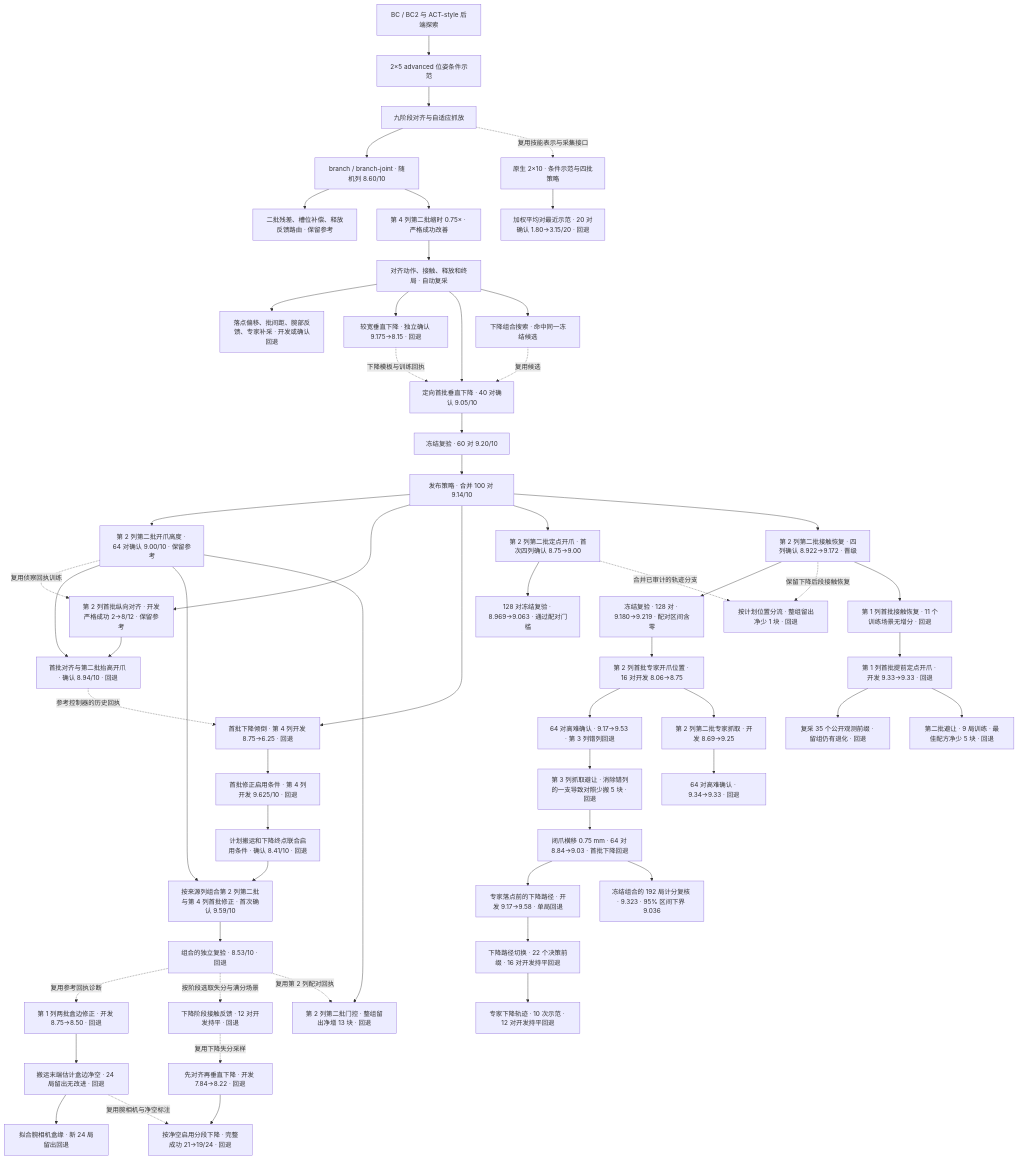
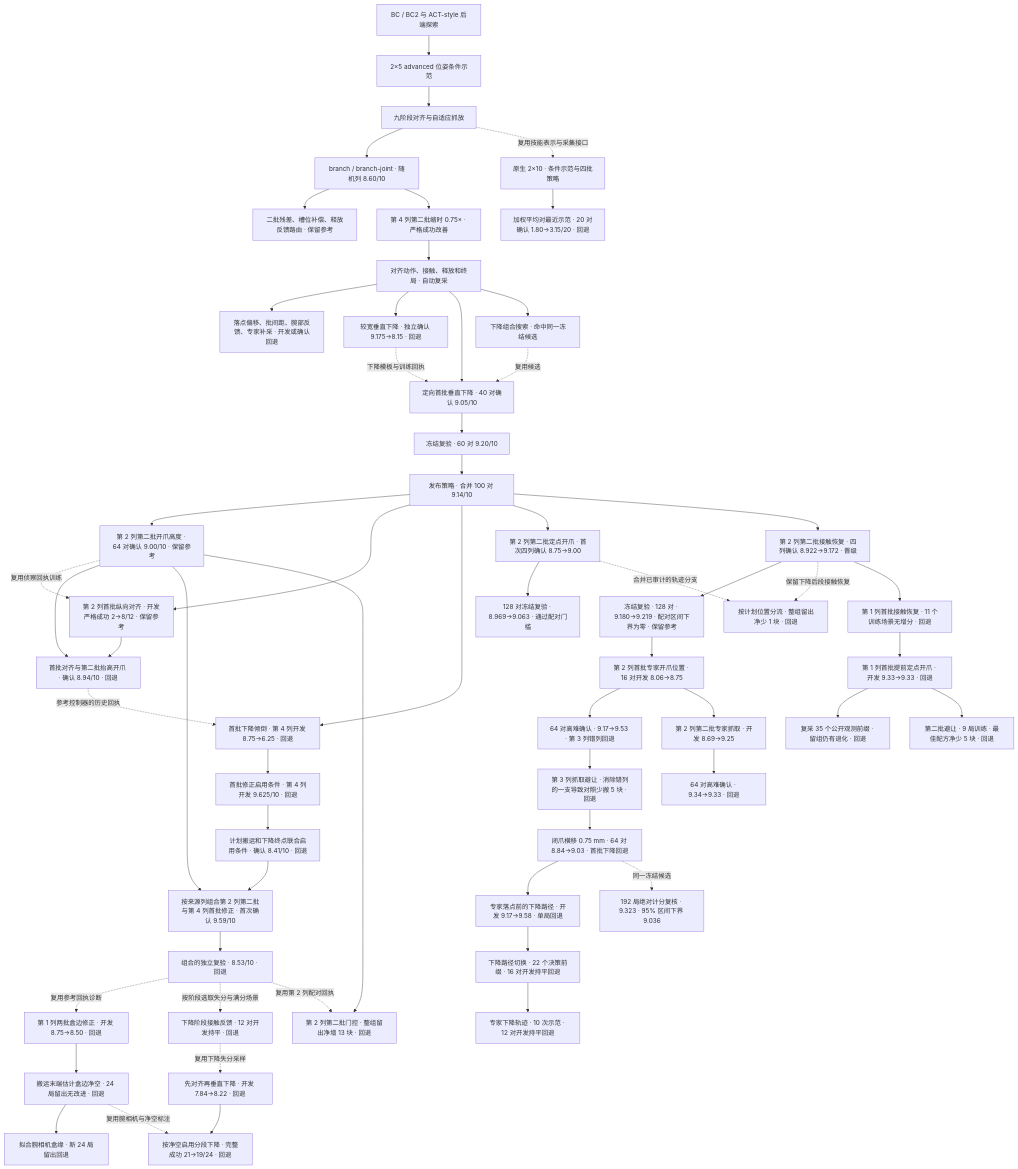
Before and after one commit to haiyouxiaji/a3-agent-optimizer: the third of 3 diagrams in docs/A3_EXPERIMENT_TREE.md, drawn with Mermaid. The commit also changed other lines of this file and 2 other files, not shown here.

````diff
--- a/docs/A3_EXPERIMENT_TREE.md
+++ b/docs/A3_EXPERIMENT_TREE.md
@@ -19,60 +55,60 @@
 ```mermaid
 flowchart TD
     BC["BC / BC2 与 ACT-style 后端探索"] --> ADV["2×5 advanced 位姿条件示范"]
     ADV --> PH["九阶段对齐与自适应抓放"]
     PH --> BJ["branch / branch-joint · 随机列 8.60/10"]
     BJ --> REL["二批残差、槽位补偿、释放反馈路由 · 保留参考"]
     BJ --> TIM["第 4 列第二批缩时 0.75× · 严格成功改善"]
     TIM --> DIAG["对齐动作、接触、释放和终局 · 自动复采"]
     DIAG --> OFF["落点偏移、批间距、腕部反馈、专家补采 · 开发或确认回退"]
     DIAG --> WIDE["较宽垂直下降 · 独立确认 9.175→8.15 · 回退"]
     DIAG --> FOCUS["定向首批垂直下降 · 40 对确认 9.05/10"]
     WIDE -.->|下降模板与训练回执| FOCUS
     DIAG --> DUP["下降组合搜索 · 命中同一冻结候选"]
     DUP -.->|复用候选| FOCUS
     FOCUS --> REP["冻结复验 · 60 对 9.20/10"]
     REP --> BEST["发布策略 · 合并 100 对 9.14/10"]
     BEST --> HOVER["第 2 列第二批开爪高度 · 64 对确认 9.00/10 · 保留参考"]
     BEST --> ROW["第 2 列首批纵向对齐 · 开发严格成功 2→8/12 · 保留参考"]
     HOVER -.->|复用侦察回执训练| ROW
     HOVER --> COMPOSE["首批对齐与第二批抬高开爪 · 确认 8.94/10 · 回退"]
     ROW --> COMPOSE
     BEST --> FIRSTHOVER["首批下降倾倒 · 第 4 列开发 8.75→6.25 · 回退"]
     COMPOSE -.->|参考控制器的历史回执| FIRSTHOVER
     FIRSTHOVER --> GUARD["首批修正启用条件 · 第 4 列开发 9.625/10 · 回退"]
     GUARD --> PROJECT["计划搬运和下降终点联合启用条件 · 确认 8.41/10 · 回退"]
     PROJECT --> ROUTED["按来源列组合第 2 列第二批与第 4 列首批修正 · 首次确认 9.59/10"]
     HOVER --> ROUTED
     ROUTED --> ROUTEDREP["组合的独立复验 · 8.53/10 · 回退"]
     ROUTEDREP -.->|复用参考回执诊断| WALL["第 1 列两批盒边修正 · 开发 8.75→8.50 · 回退"]
     WALL --> SENSE["搬运末端估计盒边净空 · 24 局留出无改进 · 回退"]
     SENSE --> EDGES["拟合腕相机盒缘 · 新 24 局留出回退"]
     ROUTEDREP -.->|按阶段选取失分与满分场景| FORCE["下降阶段接触反馈 · 12 对开发持平 · 回退"]
     HOVER --> LATE["第 2 列第二批门控 · 整组留出净增 13 块 · 回退"]
     ROUTEDREP -.->|复用第 2 列配对回执| LATE
     FORCE -.->|复用下降失分采样| STAGED["先对齐再垂直下降 · 开发 7.84→8.22 · 回退"]
     STAGED --> STAGEDGATE["按净空启用分段下降 · 完整成功 21→19/24 · 回退"]
     SENSE -.->|复用腕相机与净空标注| STAGEDGATE
     BEST --> HOLD["第 2 列第二批定点开爪 · 首次四列确认 8.75→9.00"]
     HOLD --> HOLDREP["128 对冻结复验 · 8.969→9.063 · 通过配对门槛"]
     BEST --> RECOVERY["第 2 列第二批接触恢复 · 四列确认 8.922→9.172 · 晋级"]
-    RECOVERY --> RECOVERYREP["冻结复验 · 128 对 · 9.180→9.219 · 配对区间含零"]
+    RECOVERY --> RECOVERYREP["冻结复验 · 128 对 · 9.180→9.219 · 配对区间下界为零 · 保留参考"]
     HOLD -.->|合并已审计的轨迹分支| RELEASEGATE["按计划位置分流 · 整组留出净少 1 块 · 回退"]
     RECOVERY -.->|保留下降后段接触恢复| RELEASEGATE
     RECOVERY --> FIRSTREC["第 1 列首批接触恢复 · 11 个训练场景无增分 · 回退"]
     FIRSTREC --> EARLY["第 1 列首批提前定点开爪 · 开发 9.33→9.33 · 回退"]
     EARLY --> FIRSTGATE["复采 35 个公开观测前缀 · 留组仍有退化 · 回退"]
     EARLY --> INTERBATCH["第二批避让 · 9 局训练 · 最佳配方净少 5 块 · 回退"]
     RECOVERYREP --> EXPERTLAND["第 2 列首批专家开爪位置 · 16 对开发 8.06→8.75"]
     EXPERTLAND --> EXPERTCONF["64 对高难确认 · 9.17→9.53 · 第 3 列错列回退"]
     EXPERTCONF --> SOURCEGUARD["第 3 列抓取避让 · 消除错列的一支导致对照少搬 5 块 · 回退"]
     SOURCEGUARD --> GUARDREFINE["闭爪横移 0.75 mm · 64 对 8.84→9.03 · 首批下降回退"]
     GUARDREFINE --> LANDINGPATH["专家落点前的下降路径 · 开发 9.17→9.58 · 单局回退"]
-    GUARDREFINE --> SCORES["冻结组合的 192 局计分复核 · 9.323 · 95% 区间下界 9.036"]
+    GUARDREFINE -.->|同一冻结候选| SCORES["192 局绝对计分复核 · 9.323 · 95% 区间下界 9.036"]
     LANDINGPATH --> LANDINGGATE["下降路径切换 · 22 个决策前缀 · 16 对开发持平回退"]
     LANDINGGATE --> INSERTION["专家下降轨迹 · 10 次示范 · 12 对开发持平回退"]
     EXPERTLAND --> EXPERTGRASP["第 2 列第二批专家抓取 · 开发 8.69→9.25"]
     EXPERTGRASP --> GRASPCONF["64 对高难确认 · 9.34→9.33 · 回退"]
     PH -.->|复用技能表示与采集接口| TEN["原生 2×10 · 条件示范与四批策略"]
     TEN --> TR["加权平均对最近示范 · 20 对确认 1.80→3.15/20 · 回退"]
 ```
````
